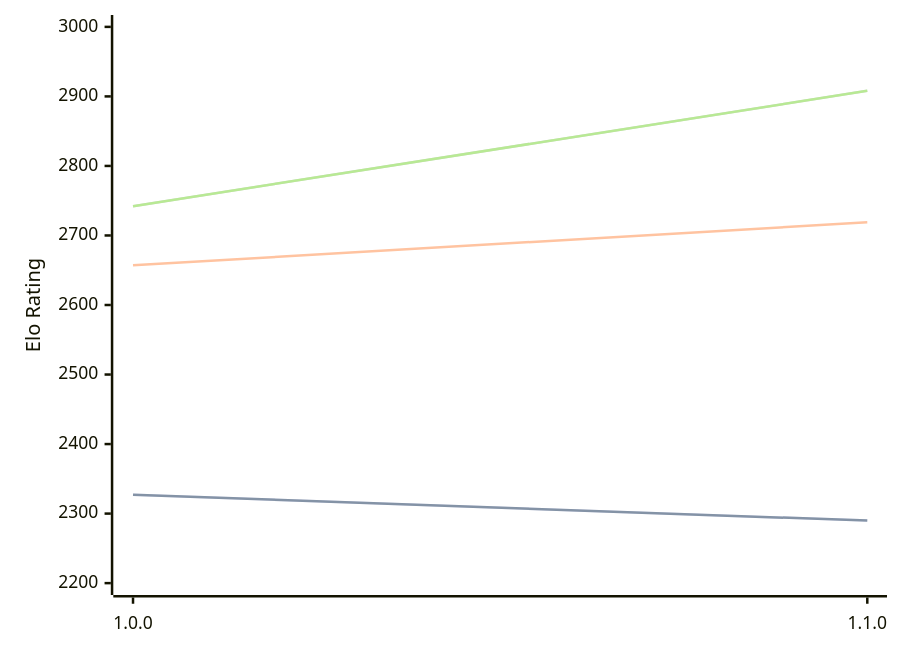
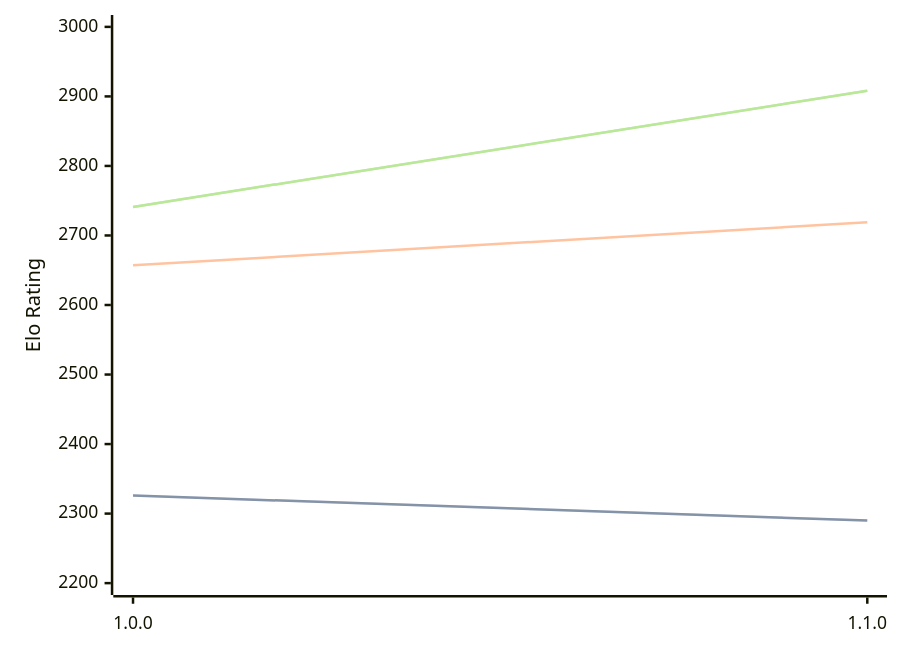
Before and after one commit to computer-chess-index/cci: the diagram in engines/ShallowGuess.md, drawn with Mermaid. The commit also changed other lines of this file, not shown here.

Commit message:
Update CCI Ratings (ELO VLTC) - 2026-08-28

````diff
--- a/engines/ShallowGuess.md
+++ b/engines/ShallowGuess.md
@@ -32,11 +32,11 @@
 ```mermaid
 %%{init: {"theme":"base","themeVariables":{"seriesColors:['#a3a3a3','#222221','#faa371']}}}%%
 xychart-beta
   x-axis ["1.0.0", "1.1.0"]
   y-axis "Elo Rating" 2200 --> 3000
-  line "" [2327, 2290]
-  line "STC (8.0+0.08s)" [2327, 2290]
+  line "" [2326, 2290]
+  line "STC (8.0+0.08s)" [2326, 2290]
   line "LTC (60.0+0.60s)" [2657, 2719]
-  line "" [2742, 2908]
-  line "VLTC (2m24s+1.12s)" [2742, 2908]
+  line "" [2741, 2908]
+  line "VLTC (2m24s+1.12s)" [2741, 2908]
 ```
````
